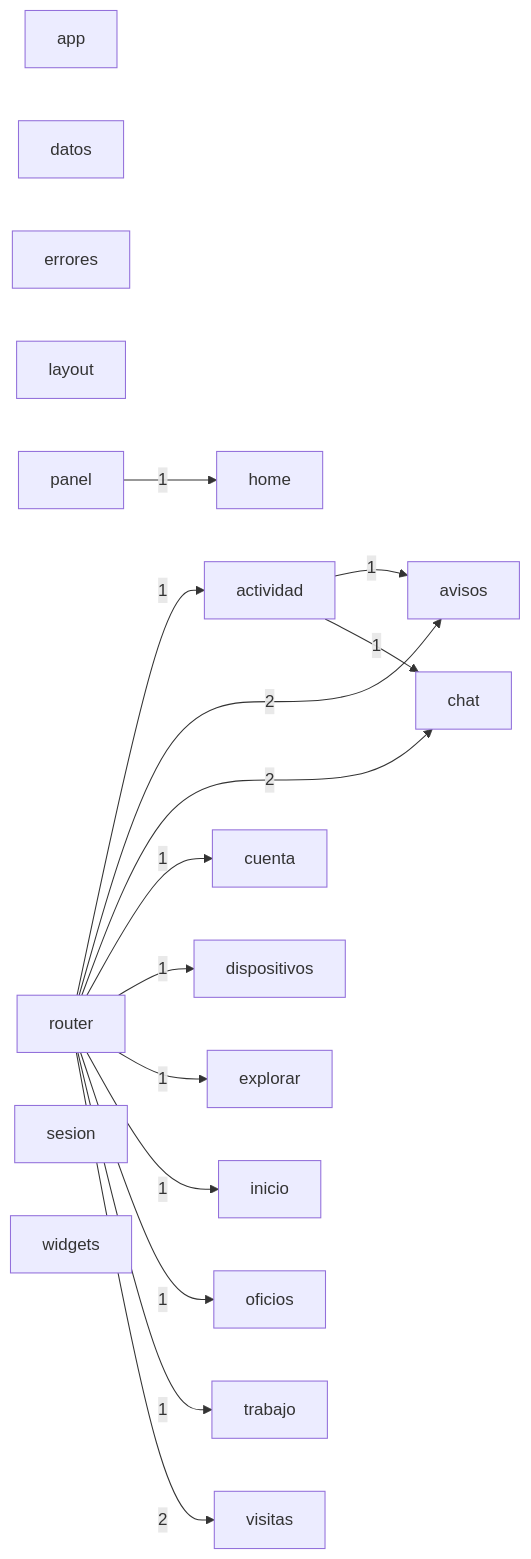
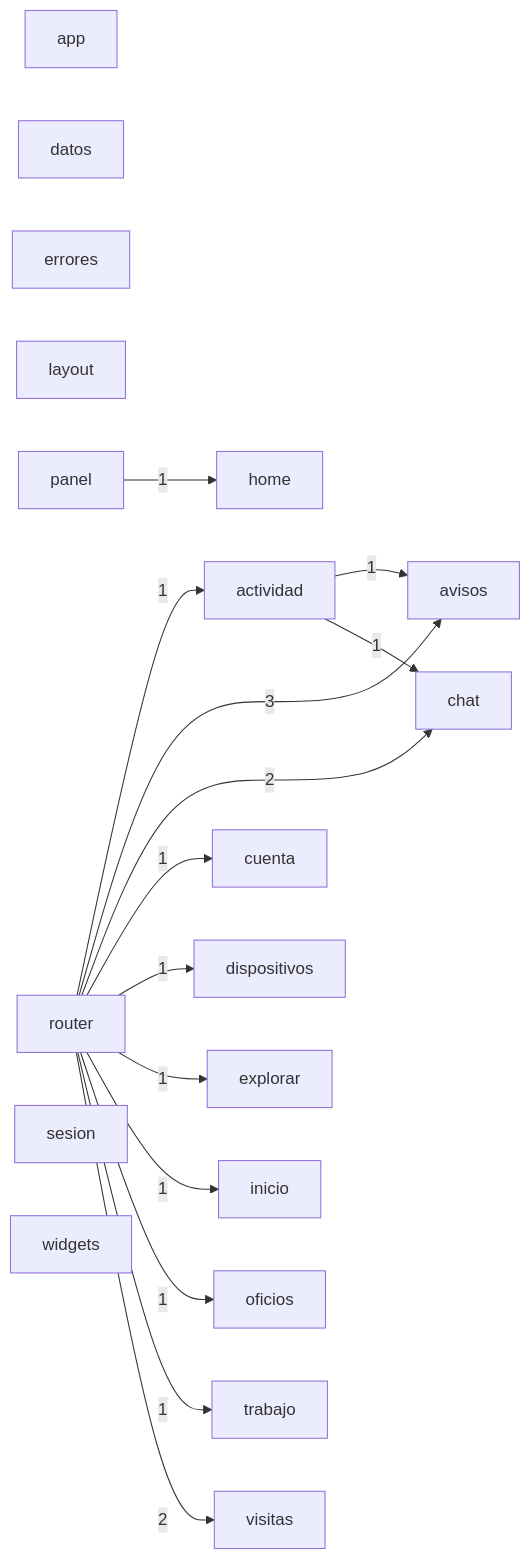
One commit to JulianH2/knock-frontend changed the diagram in docs/architecture/modules.mmd. Above: the diagram before and after it, drawn with Mermaid. The commit also changed 5 other files, not shown here.

```diff
--- a/docs/architecture/modules.mmd
+++ b/docs/architecture/modules.mmd
@@ -1,33 +1,33 @@
 graph LR
   actividad["actividad"]
   app["app"]
   avisos["avisos"]
   chat["chat"]
   cuenta["cuenta"]
   datos["datos"]
   dispositivos["dispositivos"]
   errores["errores"]
   explorar["explorar"]
   home["home"]
   inicio["inicio"]
   layout["layout"]
   oficios["oficios"]
   panel["panel"]
   router["router"]
   sesion["sesion"]
   trabajo["trabajo"]
   visitas["visitas"]
   widgets["widgets"]
   actividad -->|1| avisos
   actividad -->|1| chat
   panel -->|1| home
   router -->|1| actividad
-  router -->|2| avisos
+  router -->|3| avisos
   router -->|2| chat
   router -->|1| cuenta
   router -->|1| dispositivos
   router -->|1| explorar
   router -->|1| inicio
   router -->|1| oficios
   router -->|1| trabajo
   router -->|2| visitas
```
